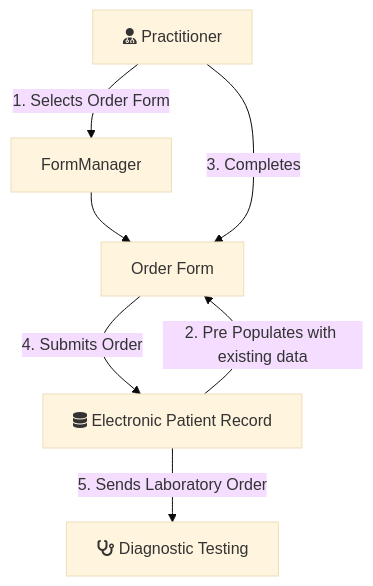
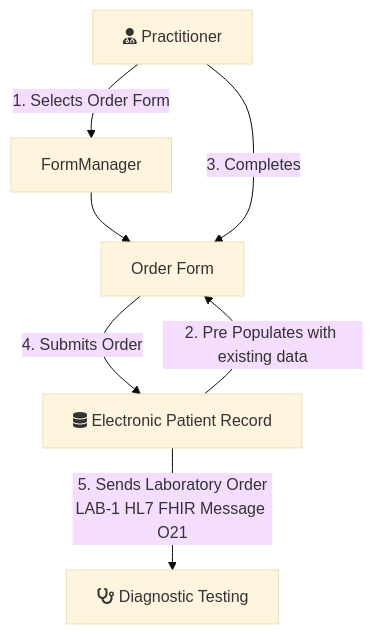
Before and after one commit to uk-gov-mirror/nw-gmsa.nw-gmsa.github.com: the fourth of 4 diagrams in input/pagecontent/introduction.md, drawn with Mermaid (base theme). The commit also changed other lines of this file and 2 other files, not shown here.

````diff
--- a/input/pagecontent/introduction.md
+++ b/input/pagecontent/introduction.md
@@ -150,10 +150,10 @@
 ```mermaid
 graph TD;
 
     Practitioner[fas:fa-user-md Practitioner] --> |1. Selects Order Form| FormManager
     FormManager --> OrderEntry
     Practitioner --> |3. Completes| OrderEntry[Order Form]
     EPR[fas:fa-database Electronic Patient Record] --> |2. Pre Populates with existing data| OrderEntry 
     OrderEntry --> |4. Submits Order| EPR
-    EPR --> |5. Sends Laboratory Order| DiagnosticTesting[fas:fa-stethoscope Diagnostic Testing]
+    EPR --> |5. Sends Laboratory Order<br/>LAB-1 HL7 FHIR Message O21| DiagnosticTesting[fas:fa-stethoscope Diagnostic Testing]
 ```
````
